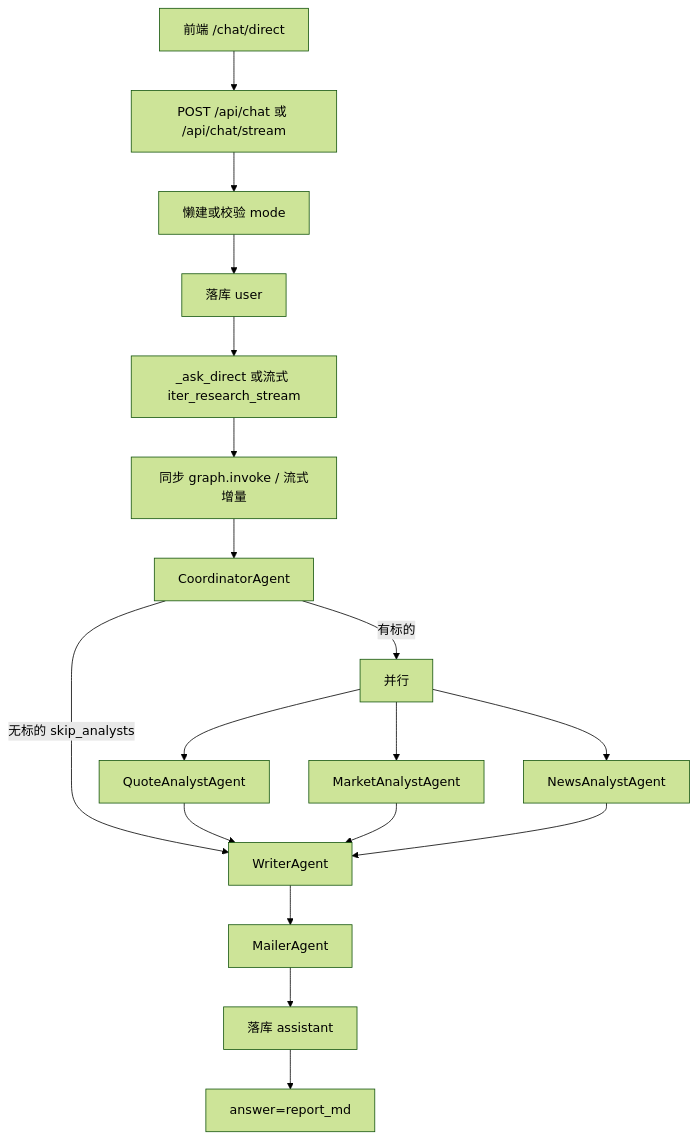
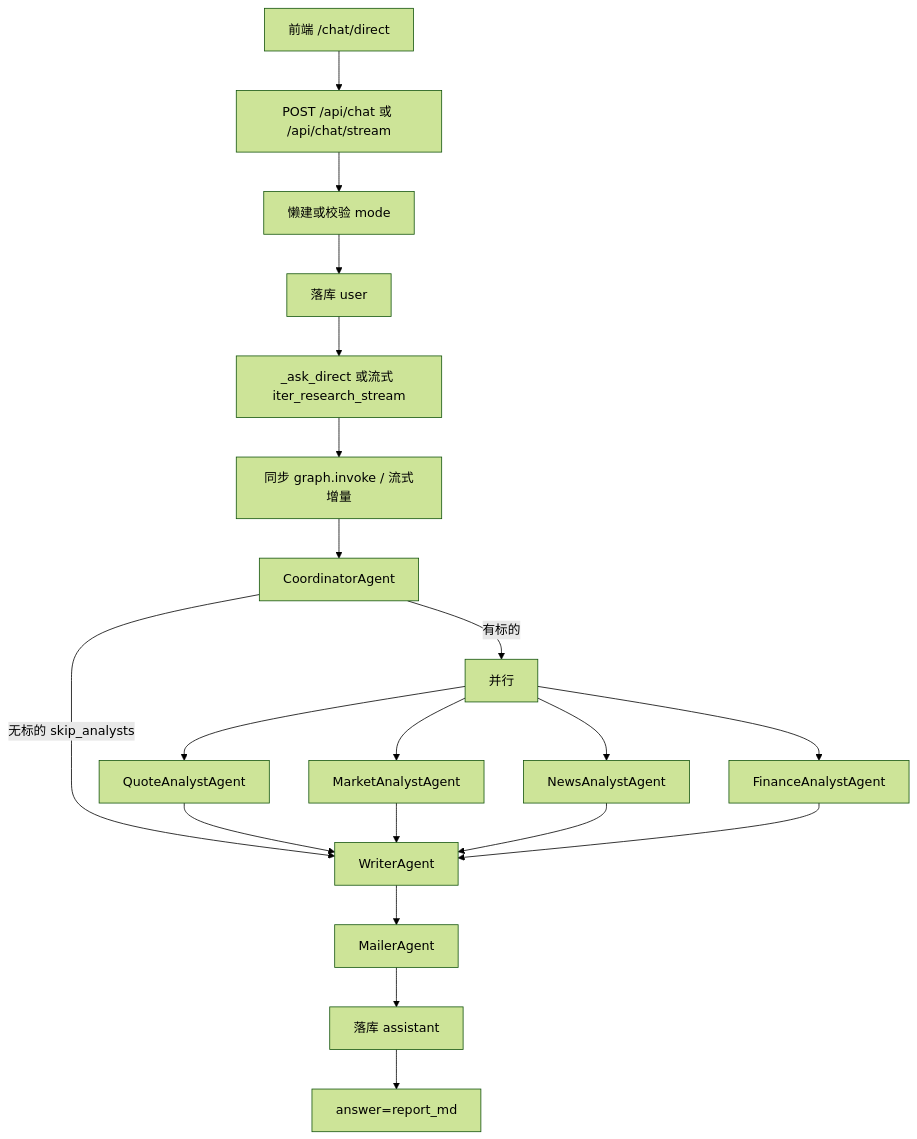
One commit to muguangmgy/knowledge-hub changed the diagram in .docs/stock-research-agent-design.md. Above: the diagram before and after it, drawn with Mermaid (forest theme). The commit also changed other lines of this file and 7 other files, not shown here.

````diff
--- a/.docs/stock-research-agent-design.md
+++ b/.docs/stock-research-agent-design.md
@@ -71,20 +72,22 @@
 ```mermaid
 flowchart TD
   client[前端 /chat/direct] --> postChat["POST /api/chat 或 /api/chat/stream"]
   postChat --> resolveConv[懒建或校验 mode]
   resolveConv --> saveUser[落库 user]
   saveUser --> askDirect["_ask_direct 或流式 iter_research_stream"]
   askDirect --> runGraph["同步 graph.invoke / 流式增量"]
   runGraph --> coord[CoordinatorAgent]
   coord -->|有标的| fanOut[并行]
   coord -->|无标的 skip_analysts| writer[WriterAgent]
   fanOut --> quote[QuoteAnalystAgent]
   fanOut --> market[MarketAnalystAgent]
   fanOut --> news[NewsAnalystAgent]
+  fanOut --> finance[FinanceAnalystAgent]
   quote --> writer
   market --> writer
   news --> writer
+  finance --> writer
   writer --> mailer[MailerAgent]
   mailer --> saveAsst[落库 assistant]
   saveAsst --> resp["answer=report_md"]
 ```
````
